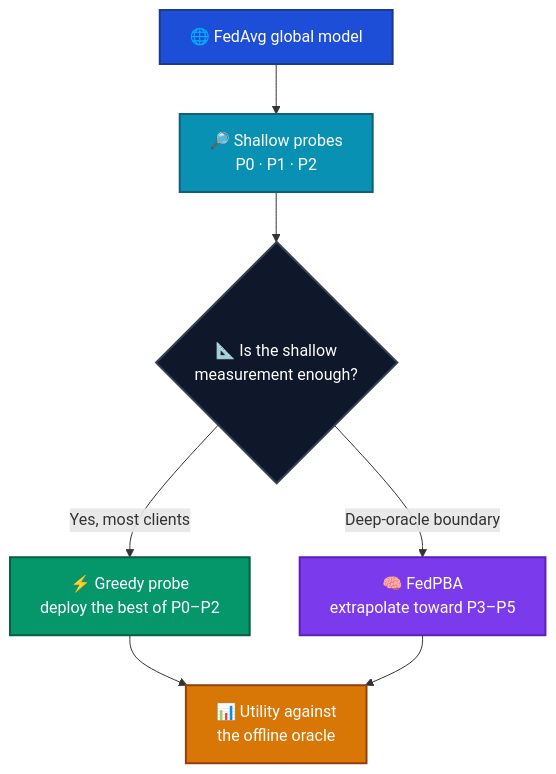
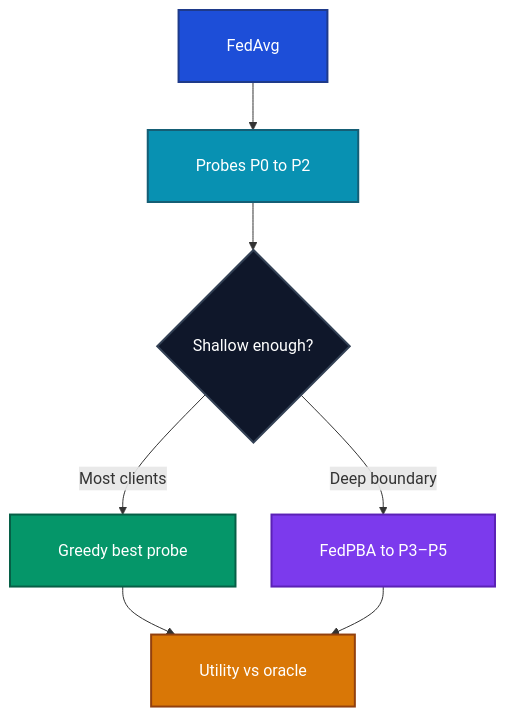
One commit to bbyuksel/shallow-probes-are-sufficient changed the diagram in README.md. Above: the diagram before and after it, drawn with Mermaid. The commit also changed other lines of this file, not shown here.

First line of the commit message:
Render README math on GitHub and fit the decision diagram inside its nodes.

````diff
--- a/README.md
+++ b/README.md
@@ -55,16 +55,17 @@
 ```mermaid
+%%{init: {"flowchart": {"htmlLabels": true, "padding": 24, "nodeSpacing": 36, "rankSpacing": 48}}}%%
 flowchart TD
-    A["🌐 FedAvg global model"] --> B["🔎 Shallow probes<br/>P0 · P1 · P2"]
-    B --> C{"📐 Is the shallow<br/>measurement enough?"}
-    C -->|"Yes, most clients"| D["⚡ Greedy probe<br/>deploy the best of P0–P2"]
-    C -->|"Deep-oracle boundary"| E["🧠 FedPBA<br/>extrapolate toward P3–P5"]
-    D --> F["📊 Utility against<br/>the offline oracle"]
+    A["FedAvg"] --> B["Probes P0 to P2"]
+    B --> C{"Shallow enough?"}
+    C -->|Most clients| D["Greedy best probe"]
+    C -->|Deep boundary| E["FedPBA to P3–P5"]
+    D --> F["Utility vs oracle"]
     E --> F
 
     style A fill:#1d4ed8,color:#ffffff,stroke:#1e3a8a,stroke-width:2px
     style B fill:#0891b2,color:#ffffff,stroke:#155e75,stroke-width:2px
     style C fill:#0f172a,color:#ffffff,stroke:#334155,stroke-width:2px
     style D fill:#059669,color:#ffffff,stroke:#065f46,stroke-width:2px
     style E fill:#7c3aed,color:#ffffff,stroke:#5b21b6,stroke-width:2px
     style F fill:#d97706,color:#ffffff,stroke:#92400e,stroke-width:2px
 ```
````
